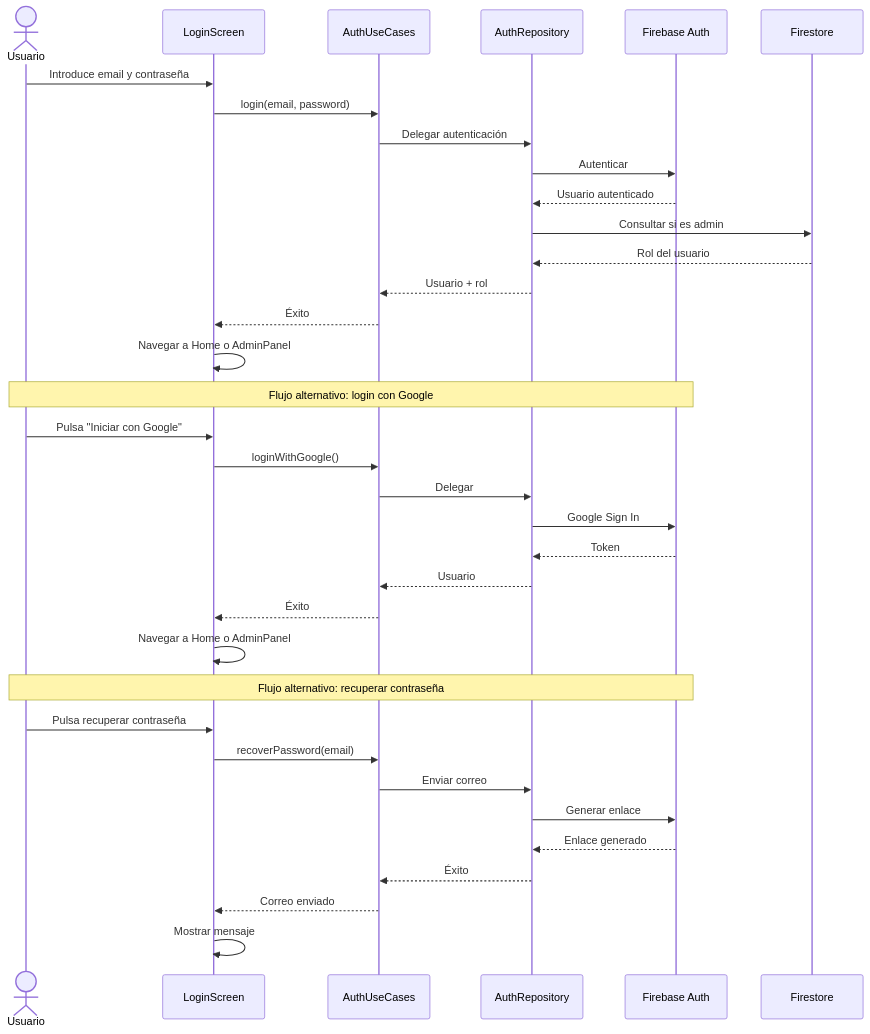
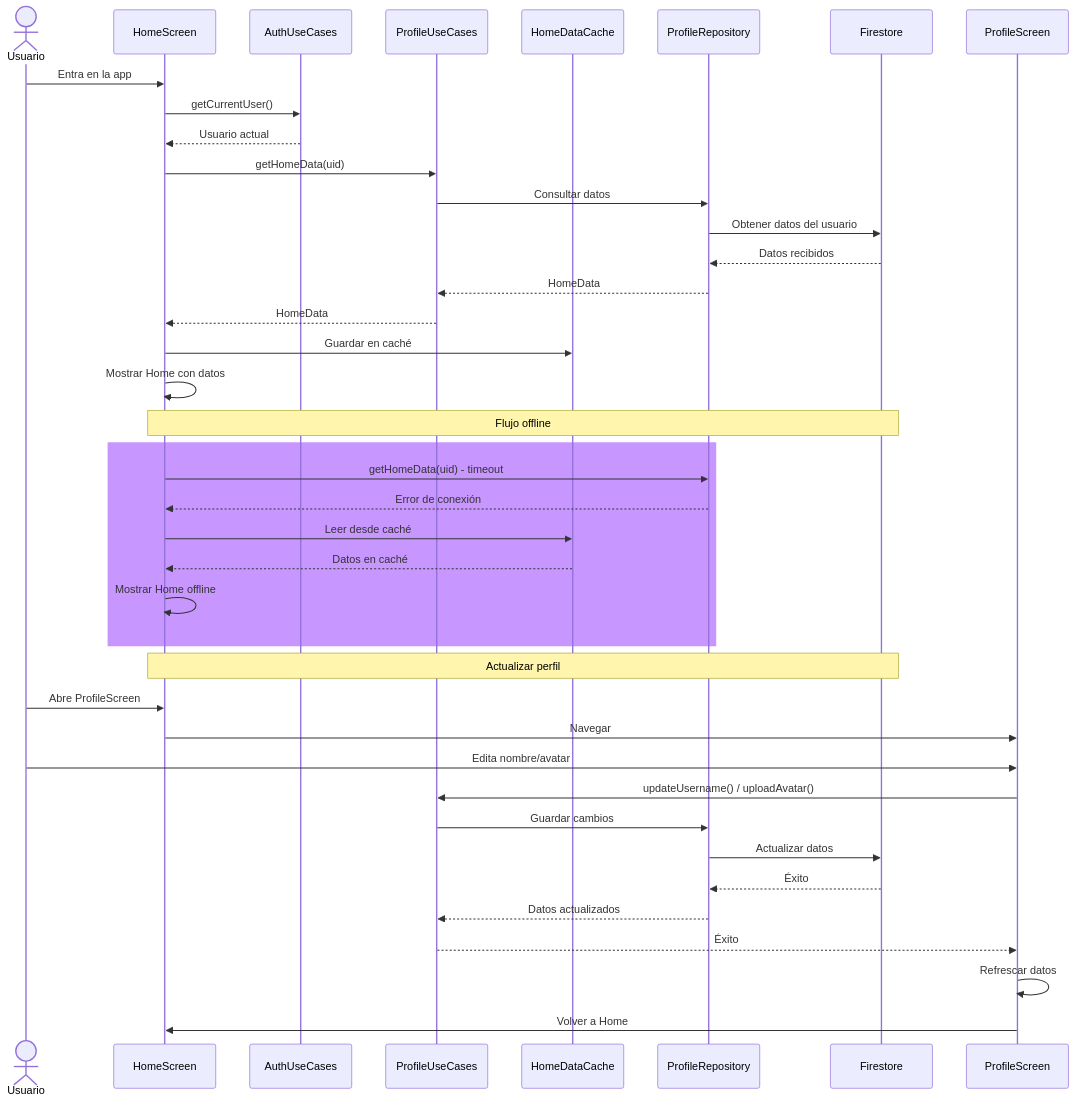
One commit to TurisTechTeam-Dev/rutexgo-assets changed the first of 7 diagrams in diagrama.md. Above: the diagram before and after it, drawn with Mermaid.

````diff
--- a/diagrama.md
+++ b/diagrama.md
@@ -1,40 +1,44 @@
 ```mermaid
 sequenceDiagram
     actor Usuario
-    participant LoginScreen
+    participant HomeScreen
     participant AuthUseCases
-    participant AuthRepository
-    participant Firebase Auth
+    participant ProfileUseCases
+    participant HomeDataCache
+    participant ProfileRepository
     participant Firestore
 
-    Usuario->>LoginScreen: Introduce email y contraseña
-    LoginScreen->>AuthUseCases: login(email, password)
-    AuthUseCases->>AuthRepository: Delegar autenticación
-    AuthRepository->>Firebase Auth: Autenticar
-    Firebase Auth-->>AuthRepository: Usuario autenticado
-    AuthRepository->>Firestore: Consultar si es admin
-    Firestore-->>AuthRepository: Rol del usuario
-    AuthRepository-->>AuthUseCases: Usuario + rol
-    AuthUseCases-->>LoginScreen: Éxito
-    LoginScreen->>LoginScreen: Navegar a Home o AdminPanel
+    Usuario->>HomeScreen: Entra en la app
+    HomeScreen->>AuthUseCases: getCurrentUser()
+    AuthUseCases-->>HomeScreen: Usuario actual
+    HomeScreen->>ProfileUseCases: getHomeData(uid)
+    ProfileUseCases->>ProfileRepository: Consultar datos
+    ProfileRepository->>Firestore: Obtener datos del usuario
+    Firestore-->>ProfileRepository: Datos recibidos
+    ProfileRepository-->>ProfileUseCases: HomeData
+    ProfileUseCases-->>HomeScreen: HomeData
+    HomeScreen->>HomeDataCache: Guardar en caché
+    HomeScreen->>HomeScreen: Mostrar Home con datos
 
-    Note over Usuario,Firebase Auth: Flujo alternativo: login con Google
-    Usuario->>LoginScreen: Pulsa "Iniciar con Google"
-    LoginScreen->>AuthUseCases: loginWithGoogle()
-    AuthUseCases->>AuthRepository: Delegar
-    AuthRepository->>Firebase Auth: Google Sign In
-    Firebase Auth-->>AuthRepository: Token
-    AuthRepository-->>AuthUseCases: Usuario
-    AuthUseCases-->>LoginScreen: Éxito
-    LoginScreen->>LoginScreen: Navegar a Home o AdminPanel
+    Note over HomeScreen,Firestore: Flujo offline
+    rect rgb(200, 150, 255)
+        HomeScreen->>ProfileRepository: getHomeData(uid) - timeout
+        ProfileRepository-->>HomeScreen: Error de conexión
+        HomeScreen->>HomeDataCache: Leer desde caché
+        HomeDataCache-->>HomeScreen: Datos en caché
+        HomeScreen->>HomeScreen: Mostrar Home offline
+    end
 
-    Note over Usuario,Firebase Auth: Flujo alternativo: recuperar contraseña
-    Usuario->>LoginScreen: Pulsa recuperar contraseña
-    LoginScreen->>AuthUseCases: recoverPassword(email)
-    AuthUseCases->>AuthRepository: Enviar correo
-    AuthRepository->>Firebase Auth: Generar enlace
-    Firebase Auth-->>AuthRepository: Enlace generado
-    AuthRepository-->>AuthUseCases: Éxito
-    AuthUseCases-->>LoginScreen: Correo enviado
-    LoginScreen->>LoginScreen: Mostrar mensaje
+    Note over HomeScreen,Firestore: Actualizar perfil
+    Usuario->>HomeScreen: Abre ProfileScreen
+    HomeScreen->>ProfileScreen: Navegar
+    Usuario->>ProfileScreen: Edita nombre/avatar
+    ProfileScreen->>ProfileUseCases: updateUsername() / uploadAvatar()
+    ProfileUseCases->>ProfileRepository: Guardar cambios
+    ProfileRepository->>Firestore: Actualizar datos
+    Firestore-->>ProfileRepository: Éxito
+    ProfileRepository-->>ProfileUseCases: Datos actualizados
+    ProfileUseCases-->>ProfileScreen: Éxito
+    ProfileScreen->>ProfileScreen: Refrescar datos
+    ProfileScreen->>HomeScreen: Volver a Home
 ```
````
